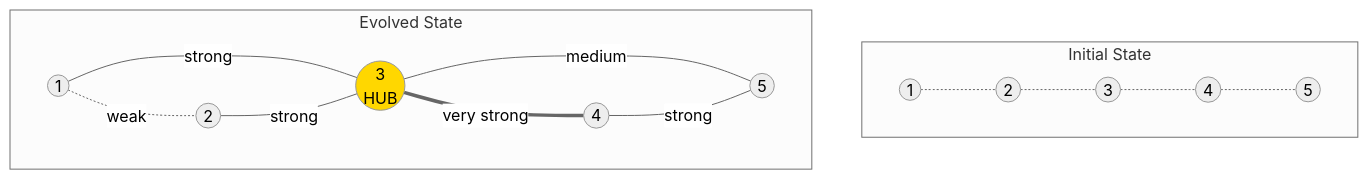
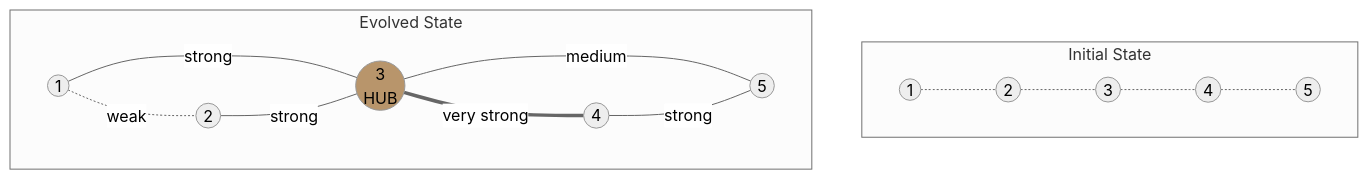
The fifth of 16 diagrams in docs/architecture/network.md (ScopeCreep-zip/Symbiont), drawn with Mermaid (neutral theme) before and after one commit. The commit also changed other lines of this file and 17 other files, not shown here.

Commit message:
update to diagram colors

````diff
--- a/docs/architecture/network.md
+++ b/docs/architecture/network.md
@@ -136,32 +136,32 @@
 ```mermaid
 graph TB
     subgraph "Initial State"
         direction LR
         I1((1))
         I2((2))
         I3((3))
         I4((4))
         I5((5))
         I1 -.- I2
         I2 -.- I3
         I3 -.- I4
         I4 -.- I5
     end
 
     subgraph "Evolved State"
         direction LR
         E1((1))
         E2((2))
         E3((3<br/>HUB))
         E4((4))
         E5((5))
         E1 ---|strong| E3
         E2 ---|strong| E3
         E3 ===|very strong| E4
         E3 ---|medium| E5
         E1 -.-|weak| E2
         E4 ---|strong| E5
     end
 
-    style E3 fill:#FFD700
+    style E3 fill:#b8956b
 ```
````
